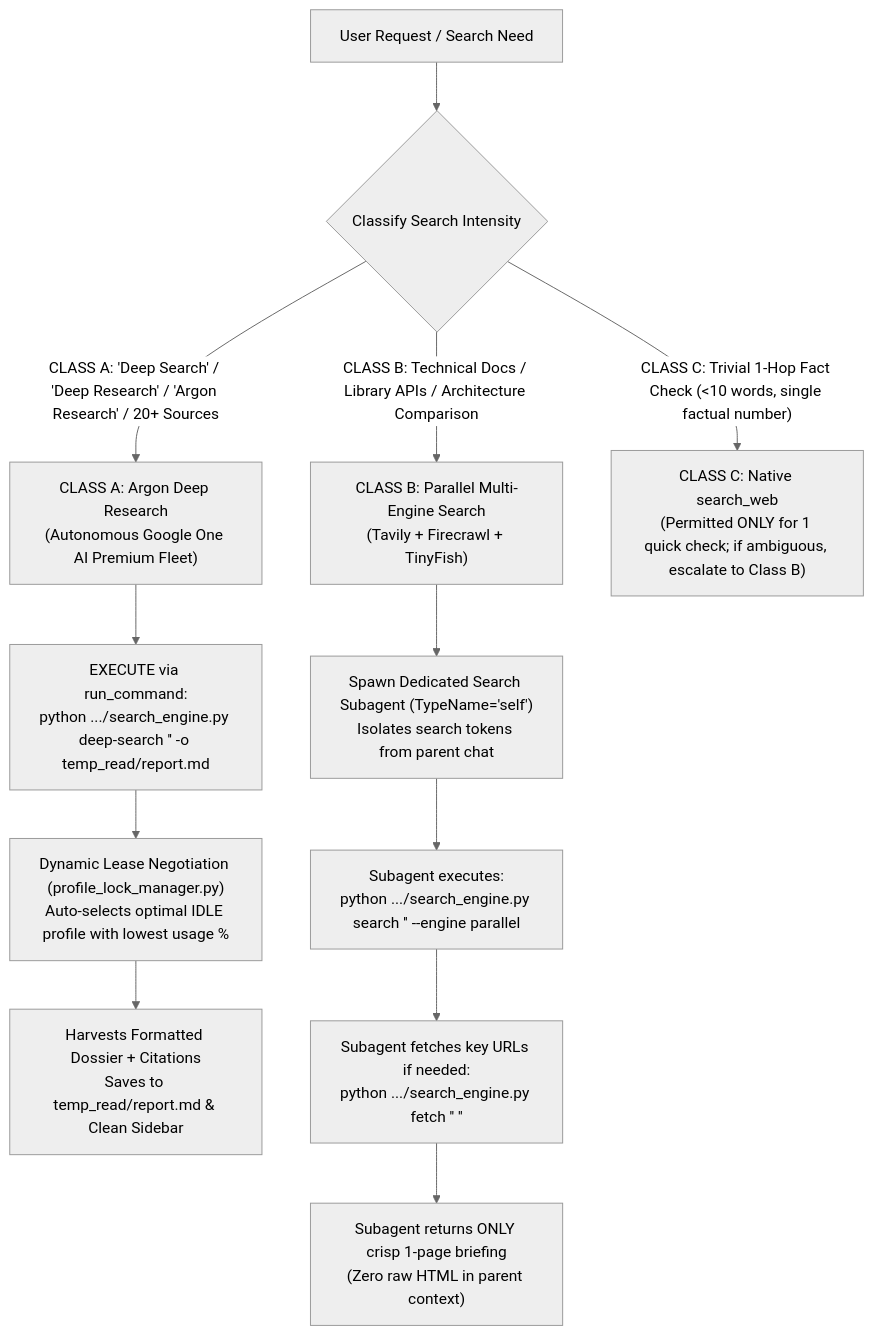
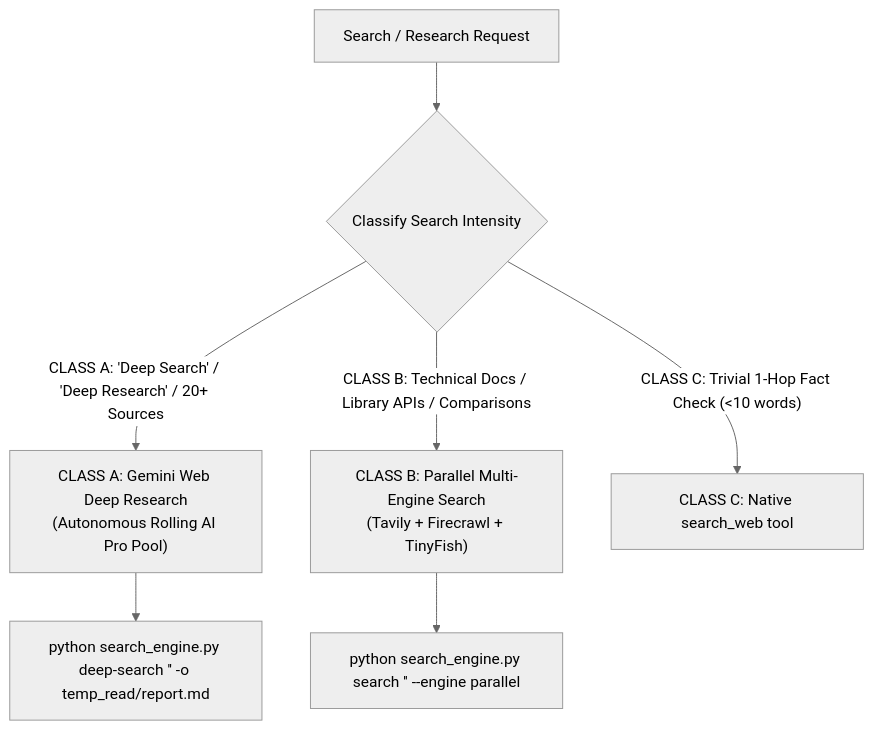
Before and after one commit to gglshtopenaividgen-lgtm/cloud-gpu-models-playbook: the diagram in portable-brain/.agents/skills/web-search-orchestrator/SKILL.md, drawn with Mermaid (neutral theme). The commit also changed other lines of this file and 239 other files, not shown here.

````diff
--- a/portable-brain/.agents/skills/web-search-orchestrator/SKILL.md
+++ b/portable-brain/.agents/skills/web-search-orchestrator/SKILL.md
@@ -24,27 +17,14 @@
 ```mermaid
 flowchart TD
-    UserQuery["User Request / Search Need"] --> Gate{"Classify Search Intensity"}
+    UserQuery["Search / Research Request"] --> Gate{"Classify Search Intensity"}
     
-    Gate -->|"CLASS A: 'Deep Search' / 'Deep Research' / 'Argon Research' / 20+ Sources"| ClassA["CLASS A: Argon Deep Research
-(Autonomous Google One AI Premium Fleet)"]
-    ClassA --> RunDeep["EXECUTE via run_command:
-python .../search_engine.py deep-search '<topic>' -o temp_read/report.md"]
-    RunDeep --> AutoNegotiate["Dynamic Lease Negotiation (profile_lock_manager.py)
-Auto-selects optimal IDLE profile with lowest usage %"]
-    AutoNegotiate --> HarvestDossier["Harvests Formatted Dossier + Citations
-Saves to temp_read/report.md & Clean Sidebar"]
-
-    Gate -->|"CLASS B: Technical Docs / Library APIs / Architecture Comparison"| ClassB["CLASS B: Parallel Multi-Engine Search
+    Gate -->|"CLASS A: 'Deep Search' / 'Deep Research' / 20+ Sources"| ClassA["CLASS A: Gemini Web Deep Research
+(Autonomous Rolling AI Pro Pool)"]
+    ClassA --> RunDeep["python search_engine.py deep-search '<topic>' -o temp_read/report.md"]
+    
+    Gate -->|"CLASS B: Technical Docs / Library APIs / Comparisons"| ClassB["CLASS B: Parallel Multi-Engine Search
 (Tavily + Firecrawl + TinyFish)"]
-    ClassB --> SubagentB["Spawn Dedicated Search Subagent (TypeName='self')
-Isolates search tokens from parent chat"]
-    SubagentB --> RunParallel["Subagent executes:
-python .../search_engine.py search '<query>' --engine parallel"]
-    RunParallel --> FetchDeep["Subagent fetches key URLs if needed:
-python .../search_engine.py fetch '<url1>' '<url2>'"]
-    FetchDeep --> ReturnBriefing["Subagent returns ONLY crisp 1-page briefing
-(Zero raw HTML in parent context)"]
-
-    Gate -->|"CLASS C: Trivial 1-Hop Fact Check (<10 words, single factual number)"| ClassC["CLASS C: Native search_web
-(Permitted ONLY for 1 quick check; if ambiguous, escalate to Class B)"]
+    ClassB --> RunParallel["python search_engine.py search '<query>' --engine parallel"]
+    
+    Gate -->|"CLASS C: Trivial 1-Hop Fact Check (<10 words)"| ClassC["CLASS C: Native search_web tool"]
 ```
````
